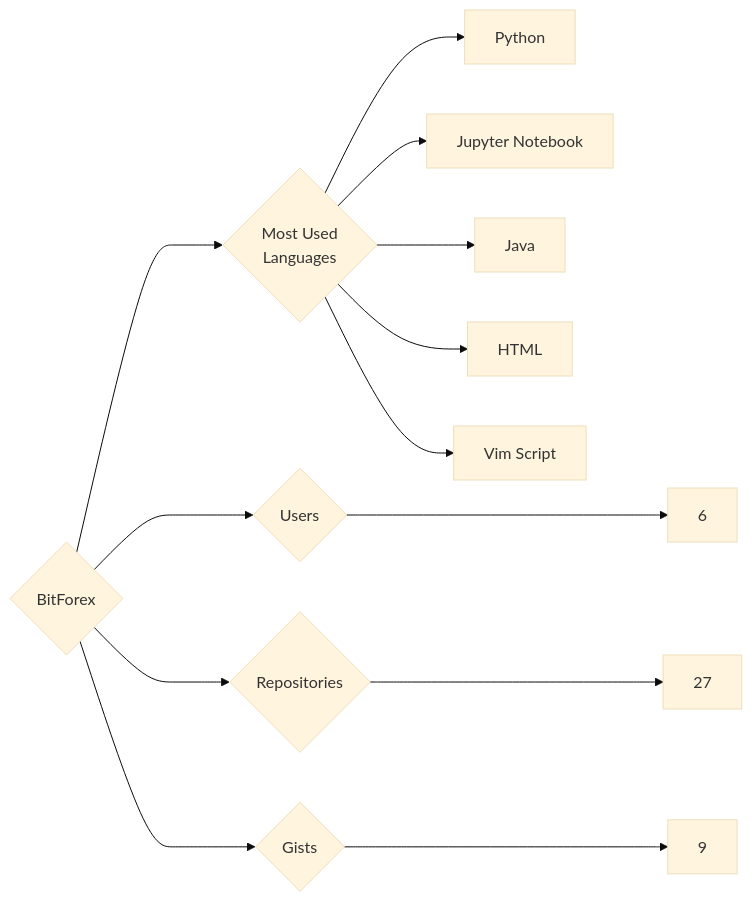
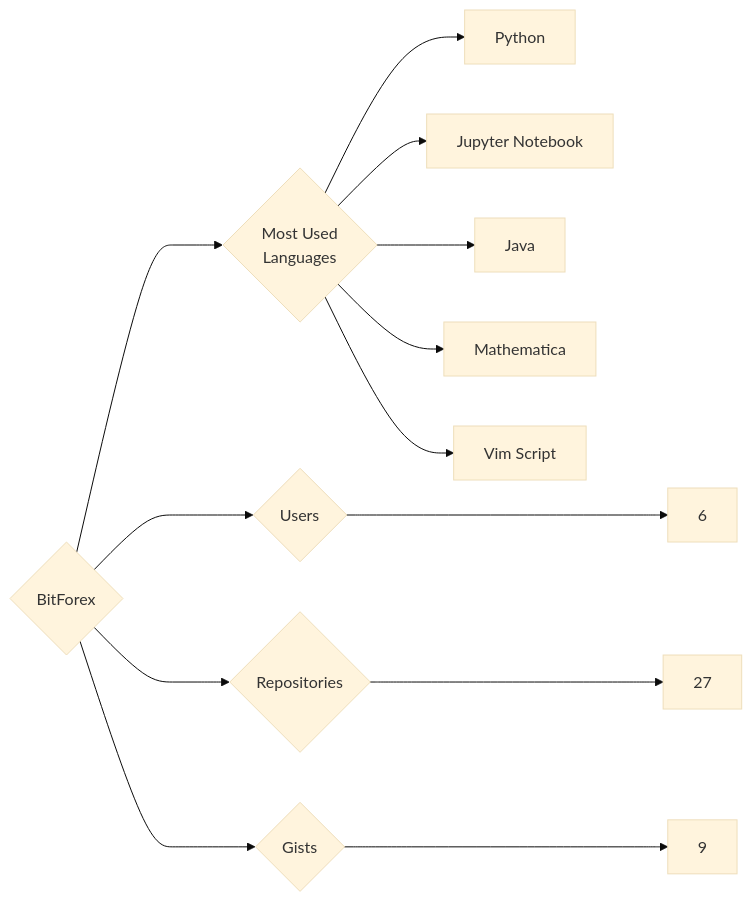
The diagram in targets/BitForex/README.md (trickest/insiders), drawn with Mermaid (base theme) before and after one commit. The commit also changed 1007 other files, not shown here.

````diff
--- a/targets/BitForex/README.md
+++ b/targets/BitForex/README.md
@@ -3,13 +3,13 @@
 ```mermaid
 graph LR
 COMPANY_NAME{BitForex}
 COMPANY_NAME ---> U{Users} ---> UN[6]
 COMPANY_NAME ---> R{Repositories} ---> RN[27]
 COMPANY_NAME ---> G{Gists} ---> GN[9]
 COMPANY_NAME ---> ML{Most Used<br>Languages}
 ML --> Python[Python]
 ML --> Jupyter_Notebook[Jupyter Notebook]
 ML --> Java[Java]
-ML --> HTML[HTML]
+ML --> Mathematica[Mathematica]
 ML --> Vim_Script[Vim Script]
 ```
````
